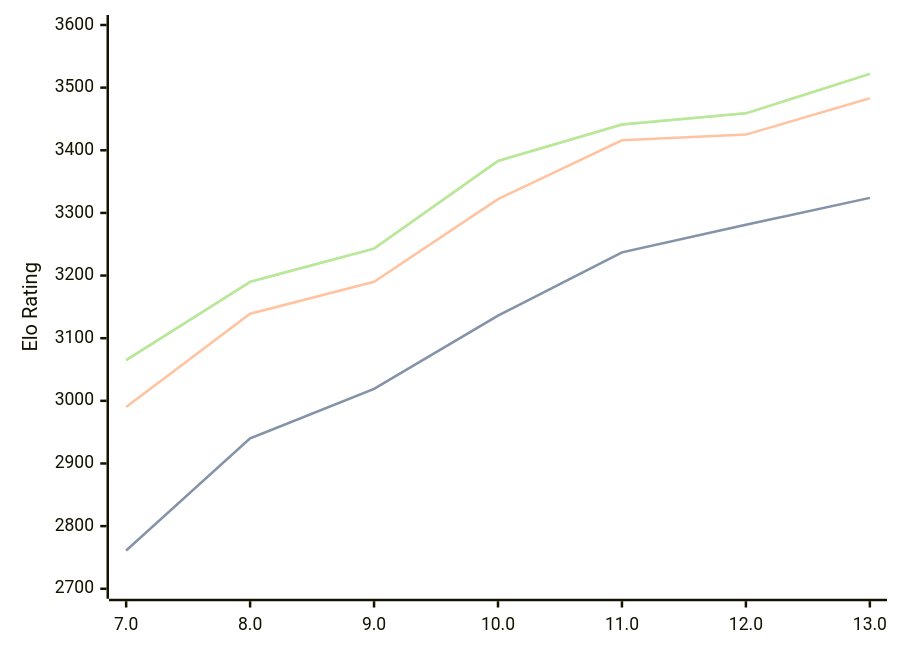
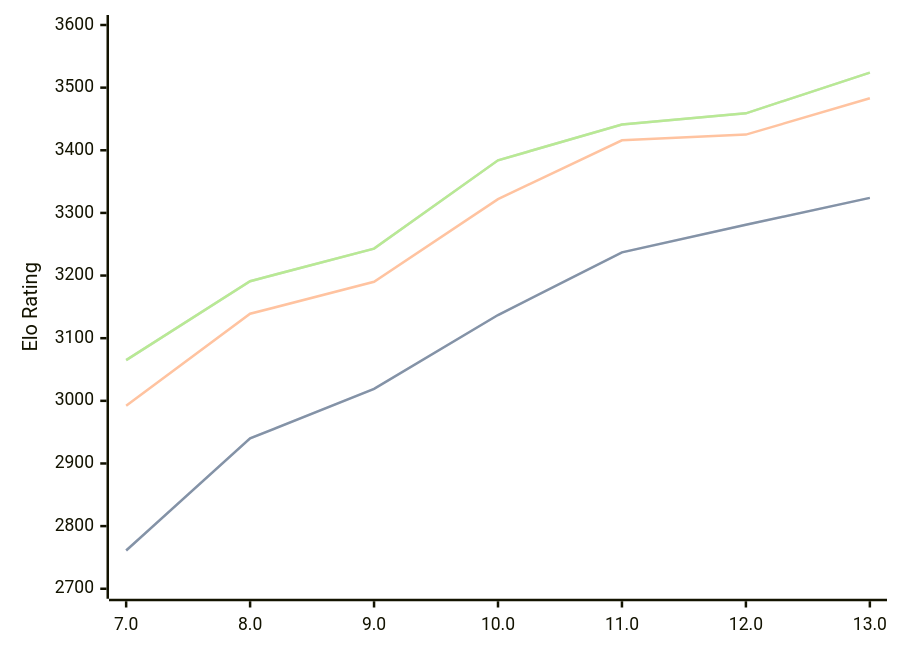
One commit to computer-chess-index/cci changed the diagram in engines/Tcheran.md. Above: the diagram before and after it, drawn with Mermaid. The commit also changed other lines of this file, not shown here.

Commit message:
Update CCI Ratings (ELO VLTC) - 2026-08-24

````diff
--- a/engines/Tcheran.md
+++ b/engines/Tcheran.md
@@ -37,11 +37,11 @@
 ```mermaid
 %%{init: {"theme":"base","themeVariables":{"seriesColors:['#a3a3a3','#222221','#faa371']}}}%%
 xychart-beta
   x-axis ["7.0", "8.0", "9.0", "10.0", "11.0", "12.0", "13.0"]
   y-axis "Elo Rating" 2700 --> 3600
-  line "STC (8.0+0.08s)" [2761, 2940, 3019, 3136, 3237, 3281, 3324]
-  line "STC (8.0+0.08s)" [2761, 2940, 3019, 3136, 3237, 3281, 3324]
-  line "LTC (60.0+0.60s)" [2990, 3139, 3190, 3322, 3416, 3425, 3483]
-  line "VLTC (2m24s+1.12s)" [3065, 3190, 3243, 3383, 3441, 3459, 3522]
-  line "VLTC (2m24s+1.12s)" [3065, 3190, 3243, 3383, 3441, 3459, 3522]
+  line "STC (8.0+0.08s)" [2761, 2940, 3019, 3137, 3237, 3281, 3324]
+  line "STC (8.0+0.08s)" [2761, 2940, 3019, 3137, 3237, 3281, 3324]
+  line "LTC (60.0+0.60s)" [2992, 3139, 3190, 3322, 3416, 3425, 3483]
+  line "VLTC (2m24s+1.12s)" [3065, 3191, 3243, 3384, 3441, 3459, 3524]
+  line "VLTC (2m24s+1.12s)" [3065, 3191, 3243, 3384, 3441, 3459, 3524]
 ```
````
